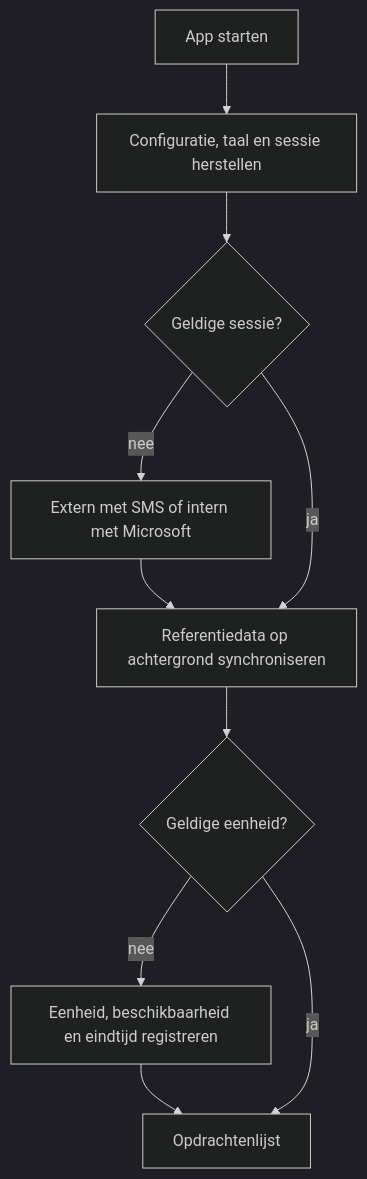
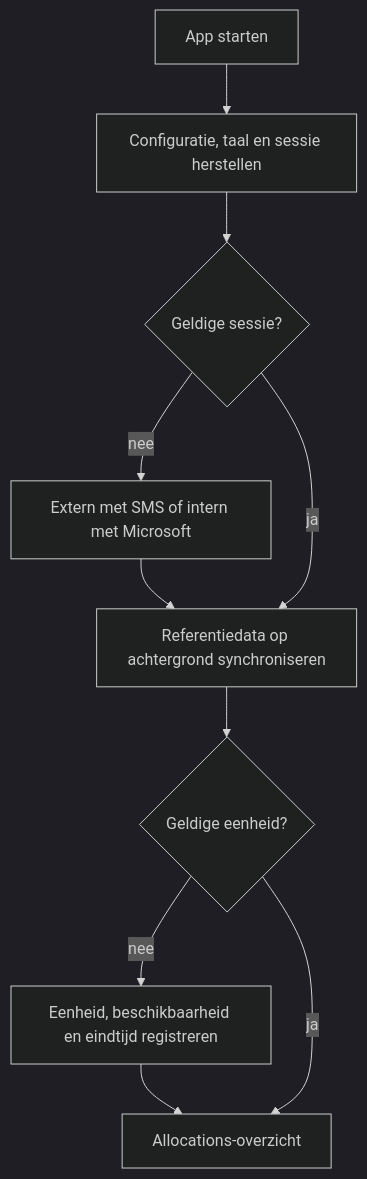
Before and after one commit to crfarber/vaneijck-berger-app: the first of 10 diagrams in docs/wiki/applicatieflow.md, drawn with Mermaid (dark theme). The commit also changed other lines of this file and 75 other files, not shown here.

````diff
--- a/docs/wiki/applicatieflow.md
+++ b/docs/wiki/applicatieflow.md
@@ -16,12 +21,12 @@
 ```mermaid
 flowchart TD
   Start[App starten] --> Herstel[Configuratie, taal en sessie herstellen]
   Herstel --> Sessie{Geldige sessie?}
   Sessie -- nee --> Login[Extern met SMS of intern met Microsoft]
   Login --> Sync[Referentiedata op achtergrond synchroniseren]
   Sessie -- ja --> Sync
   Sync --> Gate{Geldige eenheid?}
   Gate -- nee --> Unit[Eenheid, beschikbaarheid en eindtijd registreren]
-  Unit --> Opdrachten[Opdrachtenlijst]
-  Gate -- ja --> Opdrachten
+  Unit --> Allocations[Allocations-overzicht]
+  Gate -- ja --> Allocations
 ```
````
